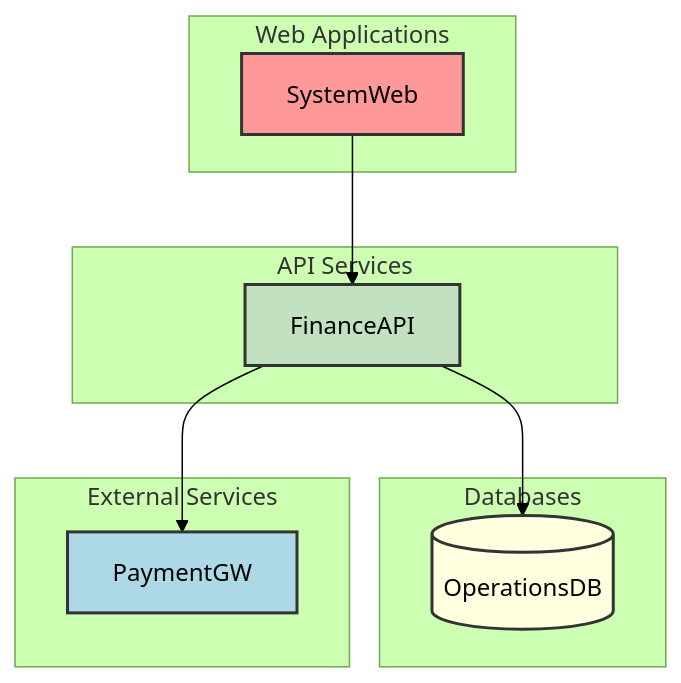
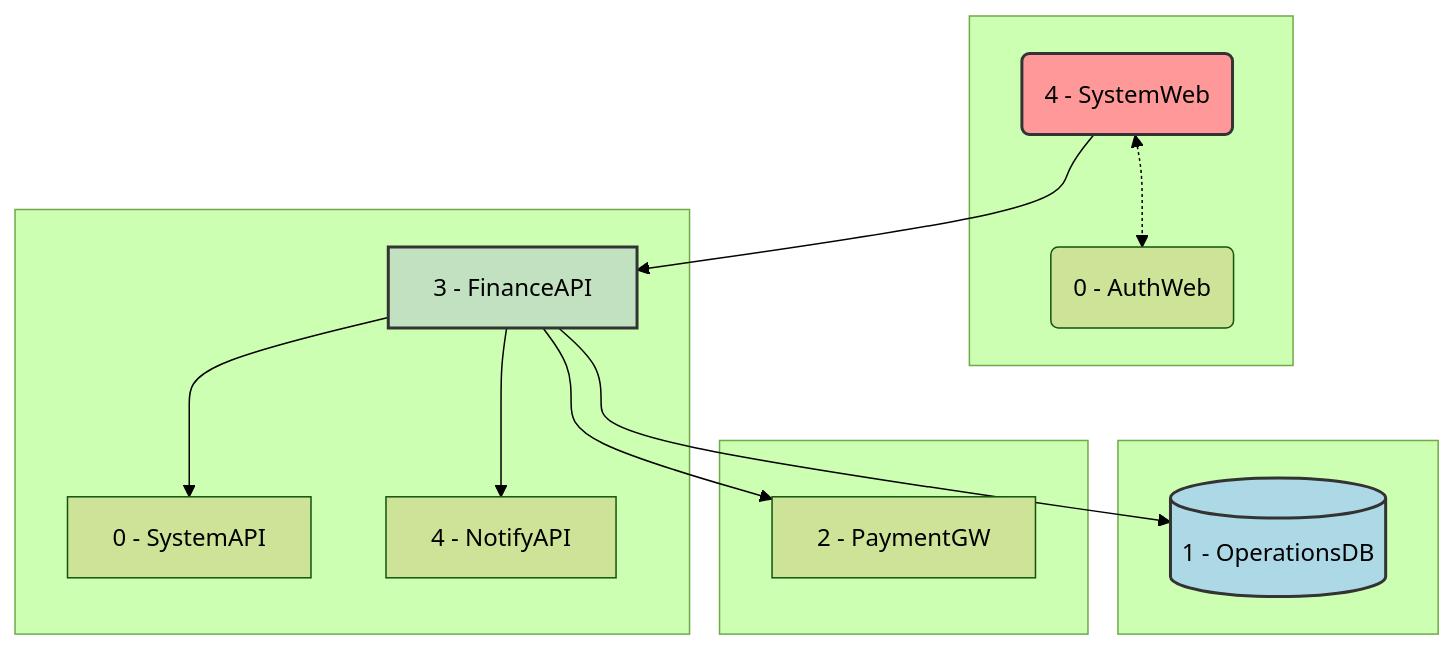
The first of 2 diagrams in profile/1-analysis/5_3-astrobookings-financial-operations-domain.md (AstroBookings/.github), drawn with Mermaid (forest theme) before and after one commit. The commit also changed 1 other file, not shown here.

````diff
--- a/profile/1-analysis/5_3-astrobookings-financial-operations-domain.md
+++ b/profile/1-analysis/5_3-astrobookings-financial-operations-domain.md
@@ -59,37 +59,46 @@
 ```mermaid
 graph TD
-    subgraph Web Applications
-        SystemWeb[SystemWeb]
+    subgraph Web Applications[ ]
+        AuthWeb(0 - AuthWeb)
+        SystemWeb(4 - SystemWeb)
     end
 
-    subgraph API Services
-        FinanceAPI[FinanceAPI]
+    subgraph API Services[ ]
+        SystemAPI[0 - SystemAPI]
+        FinanceAPI[3 - FinanceAPI]
+        NotifyAPI[4 - NotifyAPI]
     end
 
-    subgraph Databases
-        OperationsDB[(OperationsDB)]
+    subgraph Databases[ ]
+        OperationsDB[(1 - OperationsDB)]
     end
 
-    subgraph External Services
-        PaymentGW[PaymentGW]
+    subgraph External[ ]
+        PaymentGW[2 - PaymentGW]
     end
+
+    %% Web to Web connections
+    SystemWeb <-.-> AuthWeb
 
     %% Web to API connections
     SystemWeb --> FinanceAPI
+
+    %% API to API connections
+    FinanceAPI --> SystemAPI
+    FinanceAPI --> NotifyAPI
 
     %% API to Database connections
     FinanceAPI --> OperationsDB
 
     %% API to External Service connections
     FinanceAPI --> PaymentGW
 
     %% Style
     classDef web fill:#FF9999,stroke:#333,stroke-width:2px;
     classDef api fill:#C1E1C1,stroke:#333,stroke-width:2px;
-    classDef db fill:#FFFFE0,stroke:#333,stroke-width:2px;
-    classDef ext fill:#ADD8E6,stroke:#333,stroke-width:2px;
+    classDef db fill:#ADD8E6,stroke:#333,stroke-width:2px;
+    classDef ext fill:#E6E6FA,stroke:#333,stroke-width:2px;
     class SystemWeb web;
     class FinanceAPI api;
     class OperationsDB db;
-    class PaymentGW ext;
 ```
````
